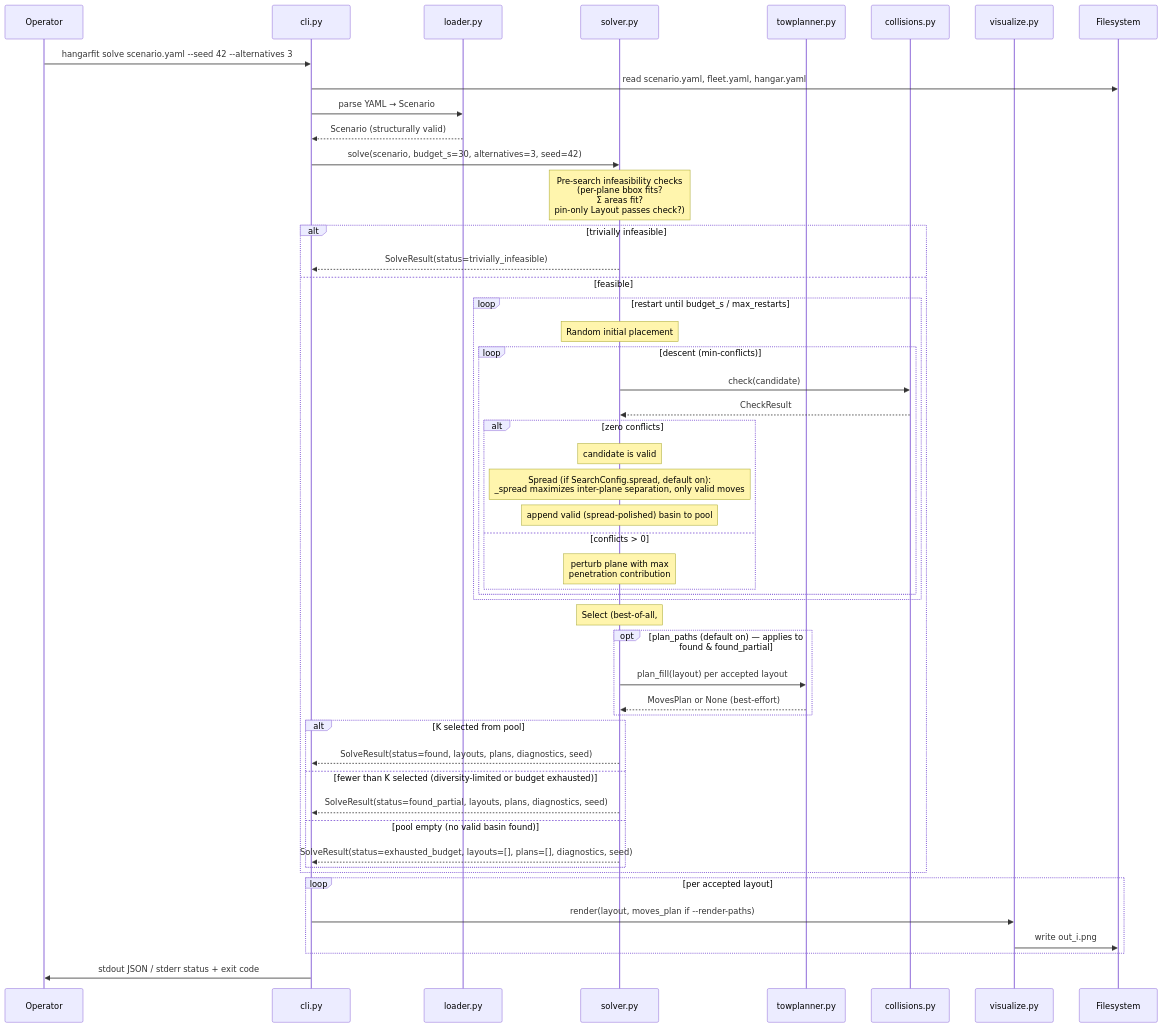
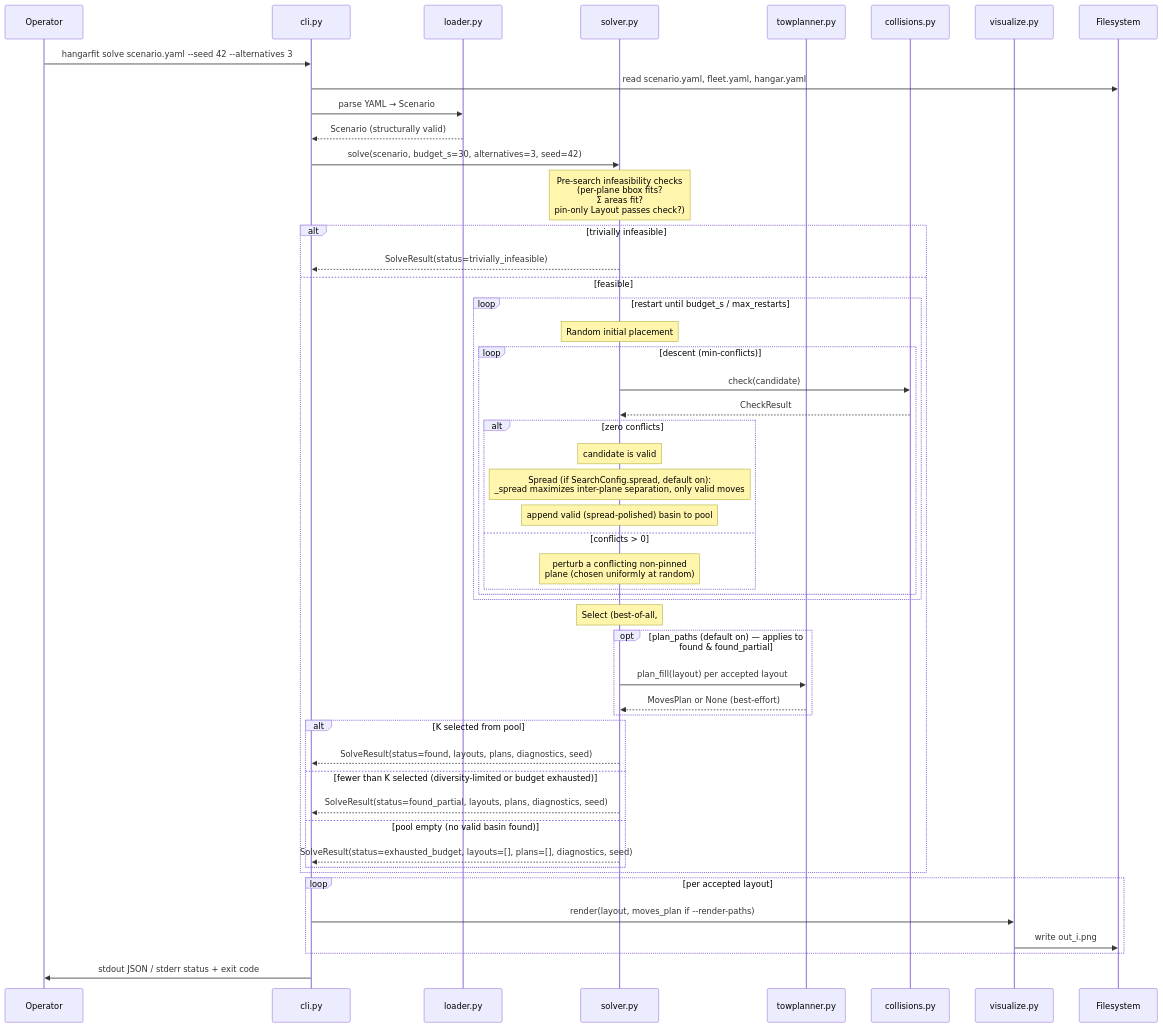
Before and after one commit to DocGerd/hangarfit: the second of 3 diagrams in docs/architecture/06-runtime-view.md, drawn with Mermaid. The commit also changed 1 other file, not shown here.

Commit message:
docs: align §6 descent note with §5 + use total_penetration_m2 in state diagram (#371)
Addresses two low-severity PR-review findings:
- code-reviewer: §6 Scenario 2 still described descent as 'perturb plane
  with max penetration contribution' — the stale model this PR corrected
  in §5; now says 'a conflicting non-pinned plane (chosen uniformly at
  random)' to match solver.py and the §5 state diagram.
- comment-analyzer: §5 state-diagram score label used penetration_m2;
  now the actual field name total_penetration_m2.

````diff
--- a/docs/architecture/06-runtime-view.md
+++ b/docs/architecture/06-runtime-view.md
@@ -61,55 +61,55 @@
 ```mermaid
 sequenceDiagram
     participant Op as Operator
     participant CLI as cli.py
     participant Loader as loader.py
     participant Solver as solver.py
     participant Tow as towplanner.py
     participant Coll as collisions.py
     participant Viz as visualize.py
     participant FS as Filesystem
 
     Op->>CLI: hangarfit solve scenario.yaml --seed 42 --alternatives 3
     CLI->>FS: read scenario.yaml, fleet.yaml, hangar.yaml
     CLI->>Loader: parse YAML → Scenario
     Loader-->>CLI: Scenario (structurally valid)
 
     CLI->>Solver: solve(scenario, budget_s=30, alternatives=3, seed=42)
     Note over Solver: Pre-search infeasibility checks<br/>(per-plane bbox fits?<br/>Σ areas fit?<br/>pin-only Layout passes check?)
     alt trivially infeasible
         Solver-->>CLI: SolveResult(status=trivially_infeasible)
     else feasible
         loop restart until budget_s / max_restarts
             Note over Solver: Random initial placement
             loop descent (min-conflicts)
                 Solver->>Coll: check(candidate)
                 Coll-->>Solver: CheckResult
                 alt zero conflicts
                     Note over Solver: candidate is valid
                     Note over Solver: Spread (if SearchConfig.spread, default on):<br/>_spread maximizes inter-plane separation, only valid moves
                     Note over Solver: append valid (spread-polished) basin to pool
                 else conflicts > 0
-                    Note over Solver: perturb plane with max<br/>penetration contribution
+                    Note over Solver: perturb a conflicting non-pinned<br/>plane (chosen uniformly at random)
                 end
             end
         end
         Note over Solver: Select (best-of-all, #267):<br/>sort pool by min plan-view gap (energy tiebreak),<br/>greedily pick K diverse — rejects increment diversity_rejected_count
         opt plan_paths (default on) — applies to found & found_partial
             Solver->>Tow: plan_fill(layout) per accepted layout
             Tow-->>Solver: MovesPlan or None (best-effort)
         end
         alt K selected from pool
             Solver-->>CLI: SolveResult(status=found, layouts, plans, diagnostics, seed)
         else fewer than K selected (diversity-limited or budget exhausted)
             Solver-->>CLI: SolveResult(status=found_partial, layouts, plans, diagnostics, seed)
         else pool empty (no valid basin found)
             Solver-->>CLI: SolveResult(status=exhausted_budget, layouts=[], plans=[], diagnostics, seed)
         end
     end
 
     loop per accepted layout
         CLI->>Viz: render(layout, moves_plan if --render-paths)
         Viz->>FS: write out_i.png
     end
     CLI->>Op: stdout JSON / stderr status + exit code
 ```
````
